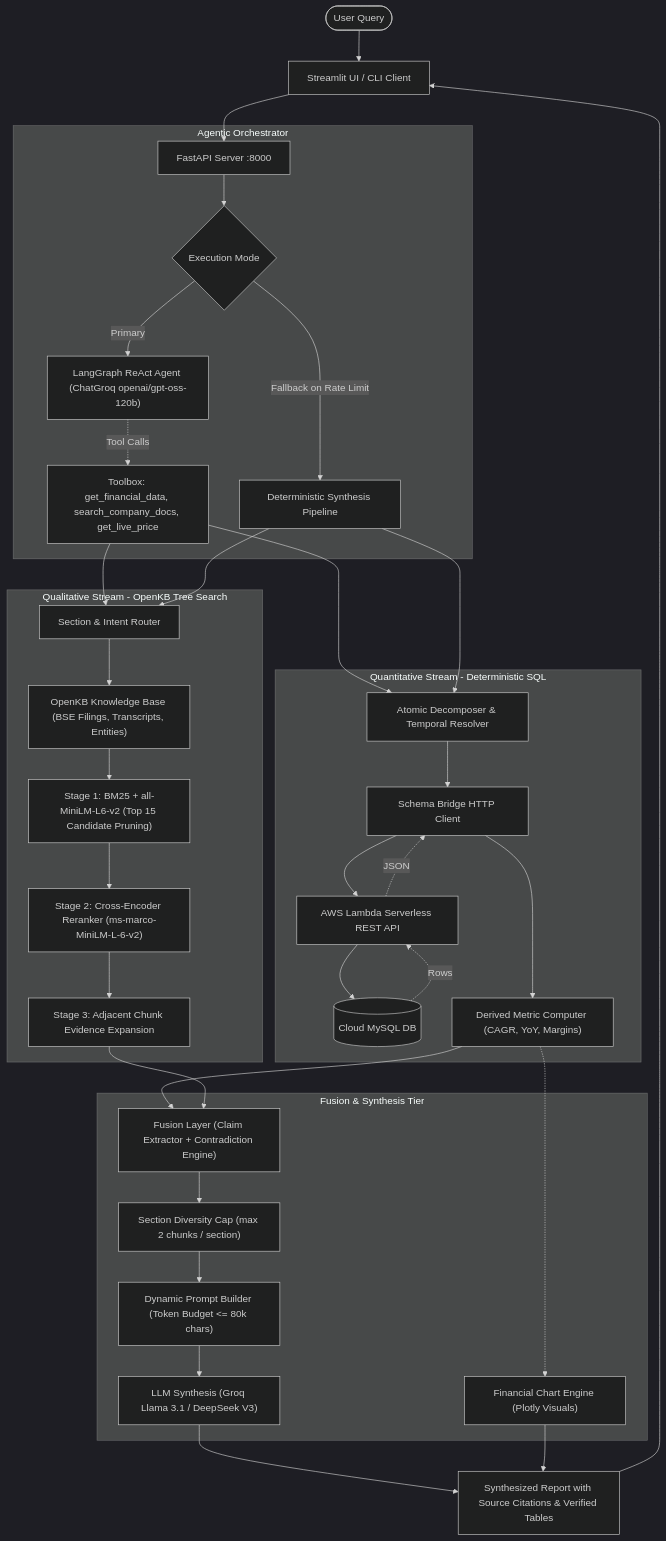
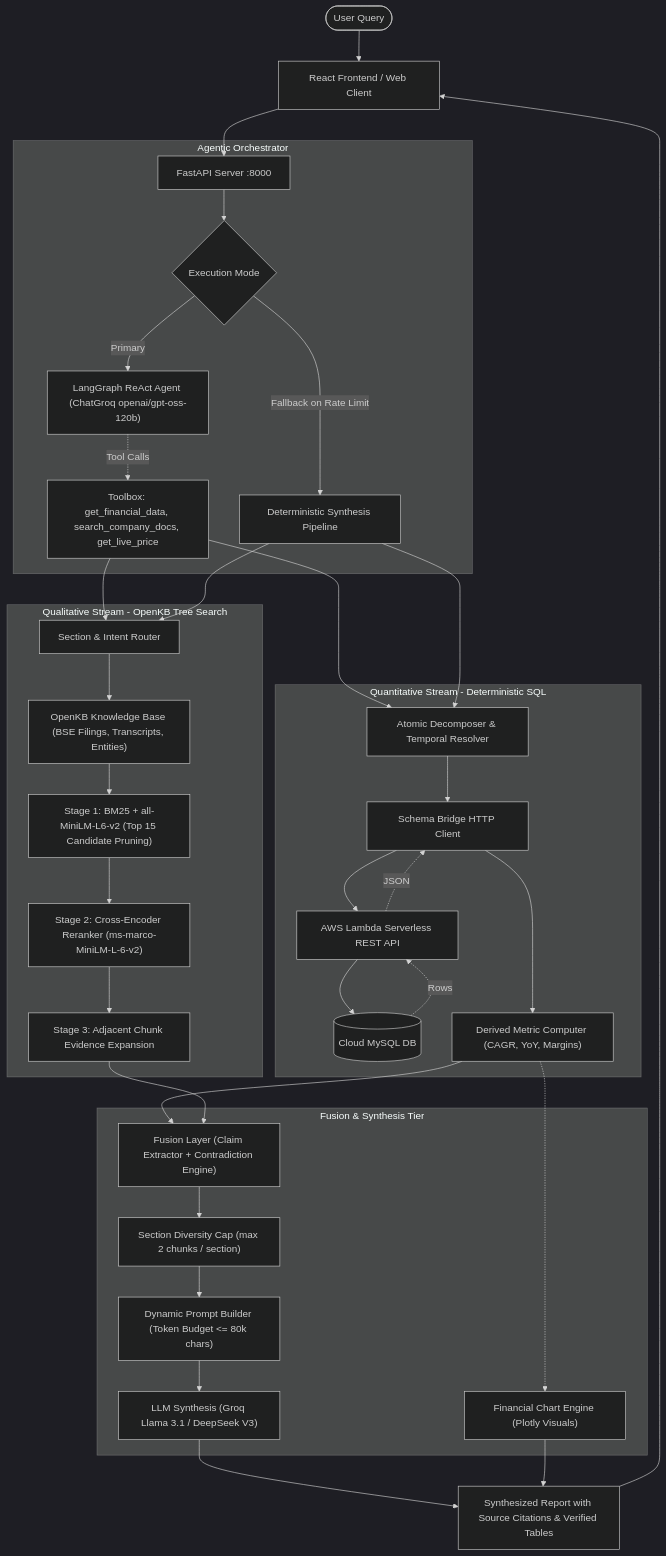
The diagram in Readme.md (Import-Saurabh/Financial-Rag), drawn with Mermaid (dark theme) before and after one commit. The commit also changed other lines of this file and 19 other files, not shown here.

````diff
--- a/Readme.md
+++ b/Readme.md
@@ -61,43 +61,43 @@
 ```mermaid
 flowchart TD
-    User([User Query]) --> UI["Streamlit UI / CLI Client"]
+    User([User Query]) --> UI["React Frontend / Web Client"]
     UI --> API["FastAPI Server :8000"]
 
     subgraph Agentic_Tier ["Agentic Orchestrator"]
         API --> Agent{"Execution Mode"}
         Agent -->|Primary| ReAct["LangGraph ReAct Agent (ChatGroq openai/gpt-oss-120b)"]
         Agent -->|Fallback on Rate Limit| Linear["Deterministic Synthesis Pipeline"]
         ReAct -.->|Tool Calls| Tools["Toolbox: get_financial_data, search_company_docs, get_live_price"]
     end
 
     subgraph Quantitative_Stream ["Quantitative Stream - Deterministic SQL"]
         Tools & Linear --> Decomp["Atomic Decomposer & Temporal Resolver"]
         Decomp --> Bridge["Schema Bridge HTTP Client"]
         Bridge --> Lambda["AWS Lambda Serverless REST API"]
         Lambda --> MySQL[("Cloud MySQL DB")]
         MySQL -. Rows .-> Lambda
         Lambda -. JSON .-> Bridge
         Bridge --> MetricComp["Derived Metric Computer (CAGR, YoY, Margins)"]
     end
 
     subgraph Qualitative_Stream ["Qualitative Stream - OpenKB Tree Search"]
         Tools & Linear --> SecRouter["Section & Intent Router"]
         SecRouter --> OpenKB["OpenKB Knowledge Base (BSE Filings, Transcripts, Entities)"]
         OpenKB --> Hybrid["Stage 1: BM25 + all-MiniLM-L6-v2 (Top 15 Candidate Pruning)"]
         Hybrid --> CrossEnc["Stage 2: Cross-Encoder Reranker (ms-marco-MiniLM-L-6-v2)"]
         CrossEnc --> Expansion["Stage 3: Adjacent Chunk Evidence Expansion"]
     end
 
     subgraph Fusion_Synthesis ["Fusion & Synthesis Tier"]
         MetricComp --> Fusion["Fusion Layer (Claim Extractor + Contradiction Engine)"]
         Expansion --> Fusion
         Fusion --> Diversity["Section Diversity Cap (max 2 chunks / section)"]
         Diversity --> Prompt["Dynamic Prompt Builder (Token Budget <= 80k chars)"]
         Prompt --> LLM["LLM Synthesis (Groq Llama 3.1 / DeepSeek V3)"]
         MetricComp -.-> Charts["Financial Chart Engine (Plotly Visuals)"]
     end
 
     LLM --> Result["Synthesized Report with Source Citations & Verified Tables"]
     Charts --> Result
     Result --> UI
 ```
````
